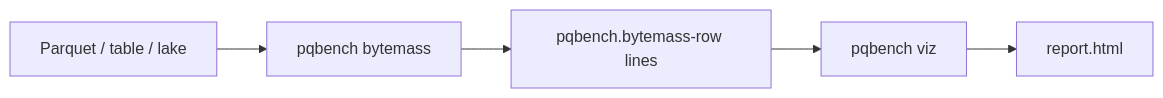
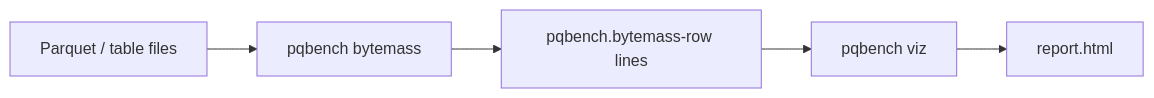
The diagram in docs/viz.md (pqbench/pqbench), drawn with Mermaid before and after one commit. The commit also changed other lines of this file and 108 other files, not shown here.

````diff
--- a/docs/viz.md
+++ b/docs/viz.md
@@ -16,7 +15,7 @@
 ```mermaid
 flowchart LR
-    files[Parquet / table / lake] --> bytemass[pqbench bytemass]
+    files[Parquet / table files] --> bytemass[pqbench bytemass]
     bytemass --> stream["pqbench.bytemass-row lines"]
     stream --> viz[pqbench viz]
     viz --> html[report.html]
 ```
````
